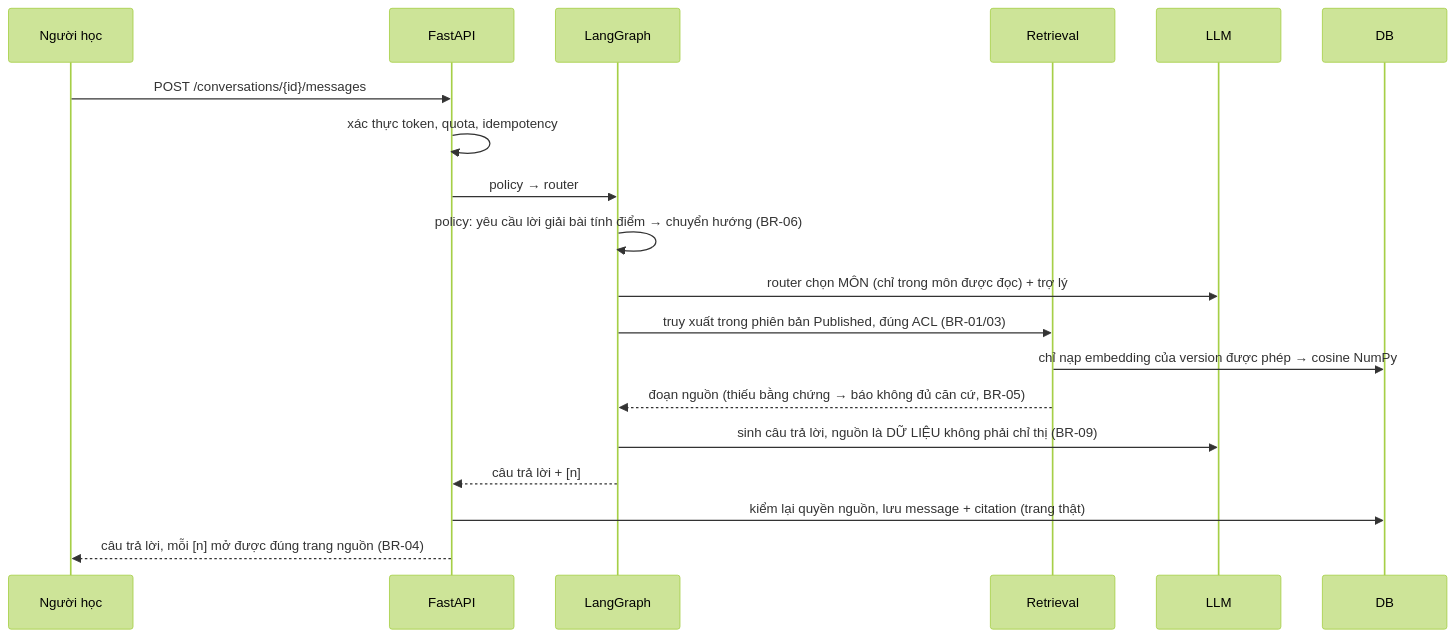
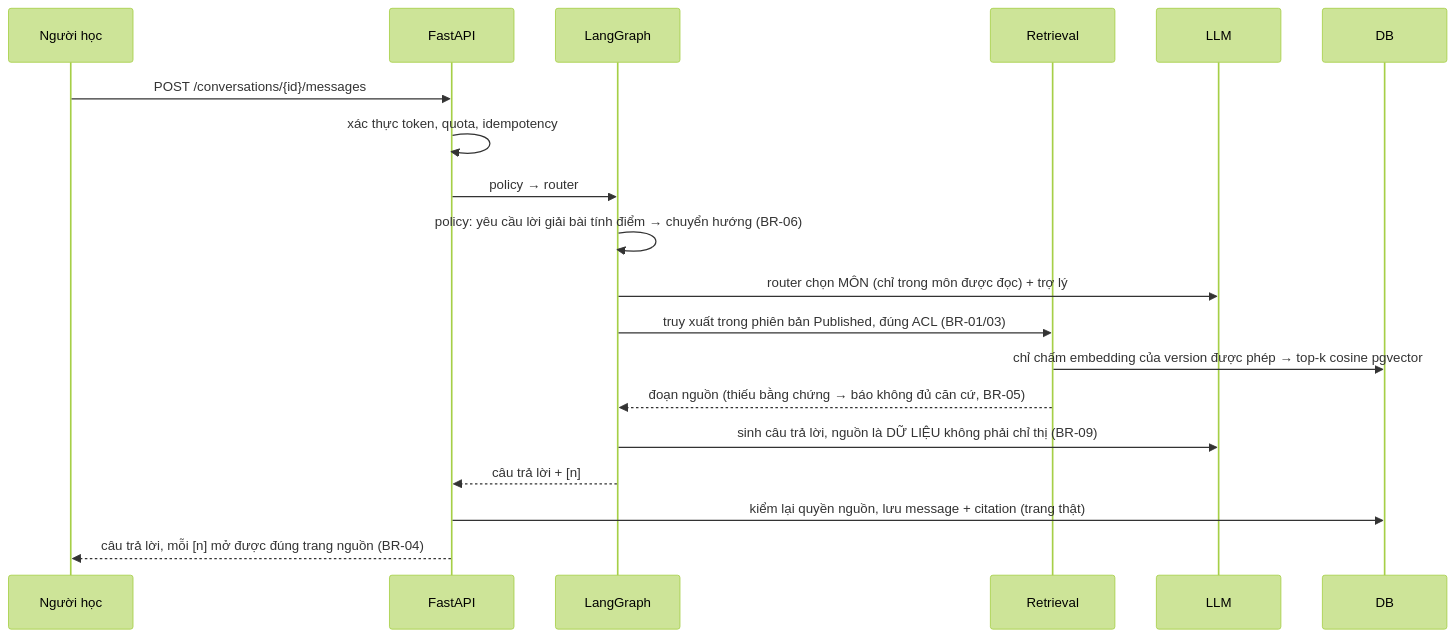
The second of 5 diagrams in docs/architecture_diagram.md (MinhNhatUet/7grass10wwind), drawn with Mermaid (forest theme) before and after one commit. The commit also changed other lines of this file and 8 other files, not shown here.

````diff
--- a/docs/architecture_diagram.md
+++ b/docs/architecture_diagram.md
@@ -35,21 +35,21 @@
 ```mermaid
 sequenceDiagram
     participant U as Người học
     participant API as FastAPI
     participant G as LangGraph
     participant R as Retrieval
     participant L as LLM
     participant DB as DB
     U->>API: POST /conversations/{id}/messages
     API->>API: xác thực token, quota, idempotency
     API->>G: policy → router
     G->>G: policy: yêu cầu lời giải bài tính điểm → chuyển hướng (BR-06)
     G->>L: router chọn MÔN (chỉ trong môn được đọc) + trợ lý
     G->>R: truy xuất trong phiên bản Published, đúng ACL (BR-01/03)
-    R->>DB: chỉ nạp embedding của version được phép → cosine NumPy
+    R->>DB: chỉ chấm embedding của version được phép → top-k cosine pgvector
     R-->>G: đoạn nguồn (thiếu bằng chứng → báo không đủ căn cứ, BR-05)
     G->>L: sinh câu trả lời, nguồn là DỮ LIỆU không phải chỉ thị (BR-09)
     G-->>API: câu trả lời + [n]
     API->>DB: kiểm lại quyền nguồn, lưu message + citation (trang thật)
     API-->>U: câu trả lời, mỗi [n] mở được đúng trang nguồn (BR-04)
 ```
````
